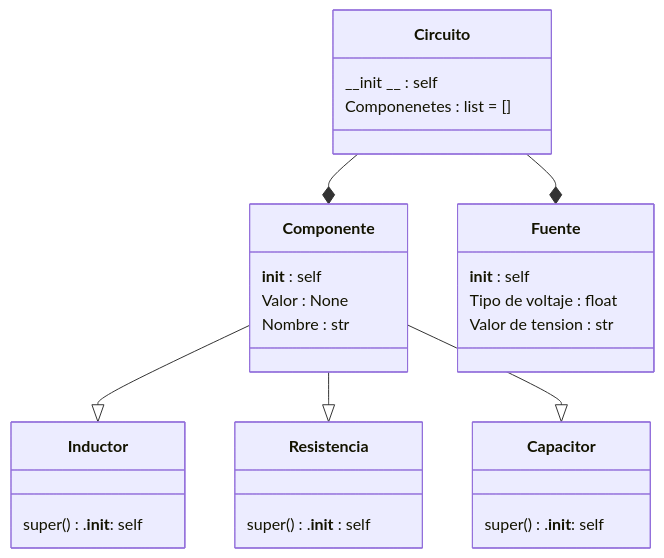
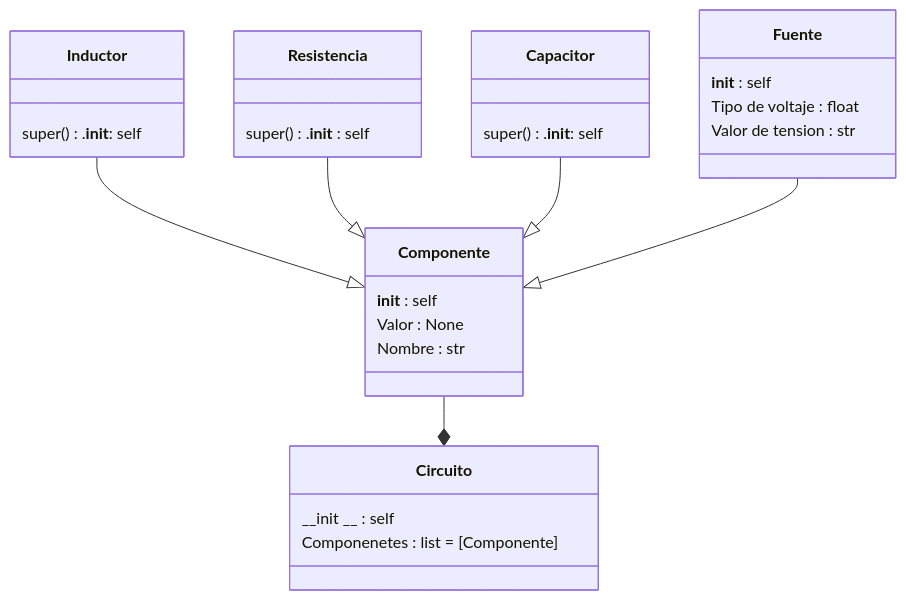
The diagram in README.md (Cooldude0001/Proyecto-circuitos), drawn with Mermaid before and after one commit. The commit also changed other lines of this file, not shown here.

````diff
--- a/README.md
+++ b/README.md
@@ -4,39 +19,38 @@
 ```mermaid
 classDiagram
+Componente --* Circuito
 
-Componente --|> Inductor
-Componente --|> Resistencia
-Componente --|> Capacitor
-
-Circuito --* Componente 
-Circuito --* Fuente 
+Inductor --|> Componente
+Resistencia --|> Componente
+Capacitor --|> Componente
+Fuente --|> Componente
 
 class Componente {
     __init__ : self
     Valor : None
     Nombre : str
 }
 
 class Resistencia {
     super().__init__ : self
 }
 
 class Inductor {
     super().__init__: self
 }
 
 class Capacitor {
     super().__init__: self
 }
 
 class Fuente {
     __init__ : self
     Tipo de voltaje : float
     Valor de tension : str
 }
 
 class Circuito {
     __init __ : self
-    Componenetes : list = []
+    Componenetes : list = [Componente]
 }
 ```
````
